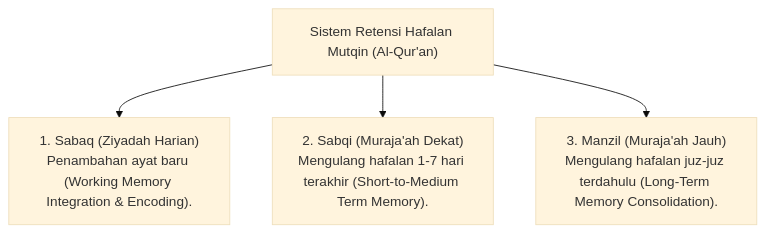
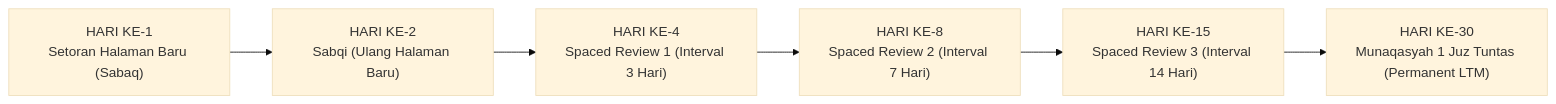
One commit to wandiapriliyandi/tumbuh changed the seventh of 7 diagrams in 04 Progression Framework/03 Learning Progression/P4-03-02-Metodologi-Retensi-Hafalan-Mutqin-Al-Quran.md. Above: the diagram before and after it, drawn with Mermaid (base theme). The commit also changed other lines of this file and 5 other files, not shown here.

````diff
--- a/04 Progression Framework/03 Learning Progression/P4-03-02-Metodologi-Retensi-Hafalan-Mutqin-Al-Quran.md
+++ b/04 Progression Framework/03 Learning Progression/P4-03-02-Metodologi-Retensi-Hafalan-Mutqin-Al-Quran.md
@@ -14,7 +192,9 @@
 ```mermaid
-graph TD
-    MemorySystem["Sistem Retensi Hafalan Mutqin (Al-Qur'an)"]
-    MemorySystem --> Sabaq["1. Sabaq (Ziyadah Harian)<br/>Penambahan ayat baru (Working Memory Integration & Encoding)."]
-    MemorySystem --> Sabqi["2. Sabqi (Muraja'ah Dekat)<br/>Mengulang hafalan 1-7 hari terakhir (Short-to-Medium Term Memory)."]
-    MemorySystem --> Manzil["3. Manzil (Muraja'ah Jauh)<br/>Mengulang hafalan juz-juz terdahulu (Long-Term Memory Consolidation)."]
+flowchart LR
+    Hari1["HARI KE-1<br/>Setoran Halaman Baru (Sabaq)"]
+    --> Hari2["HARI KE-2<br/>Sabqi (Ulang Halaman Baru)"]
+    --> Hari4["HARI KE-4<br/>Spaced Review 1 (Interval 3 Hari)"]
+    --> Hari8["HARI KE-8<br/>Spaced Review 2 (Interval 7 Hari)"]
+    --> Hari15["HARI KE-15<br/>Spaced Review 3 (Interval 14 Hari)"]
+    --> Hari30["HARI KE-30<br/>Munaqasyah 1 Juz Tuntas (Permanent LTM)"]
 ```
````
